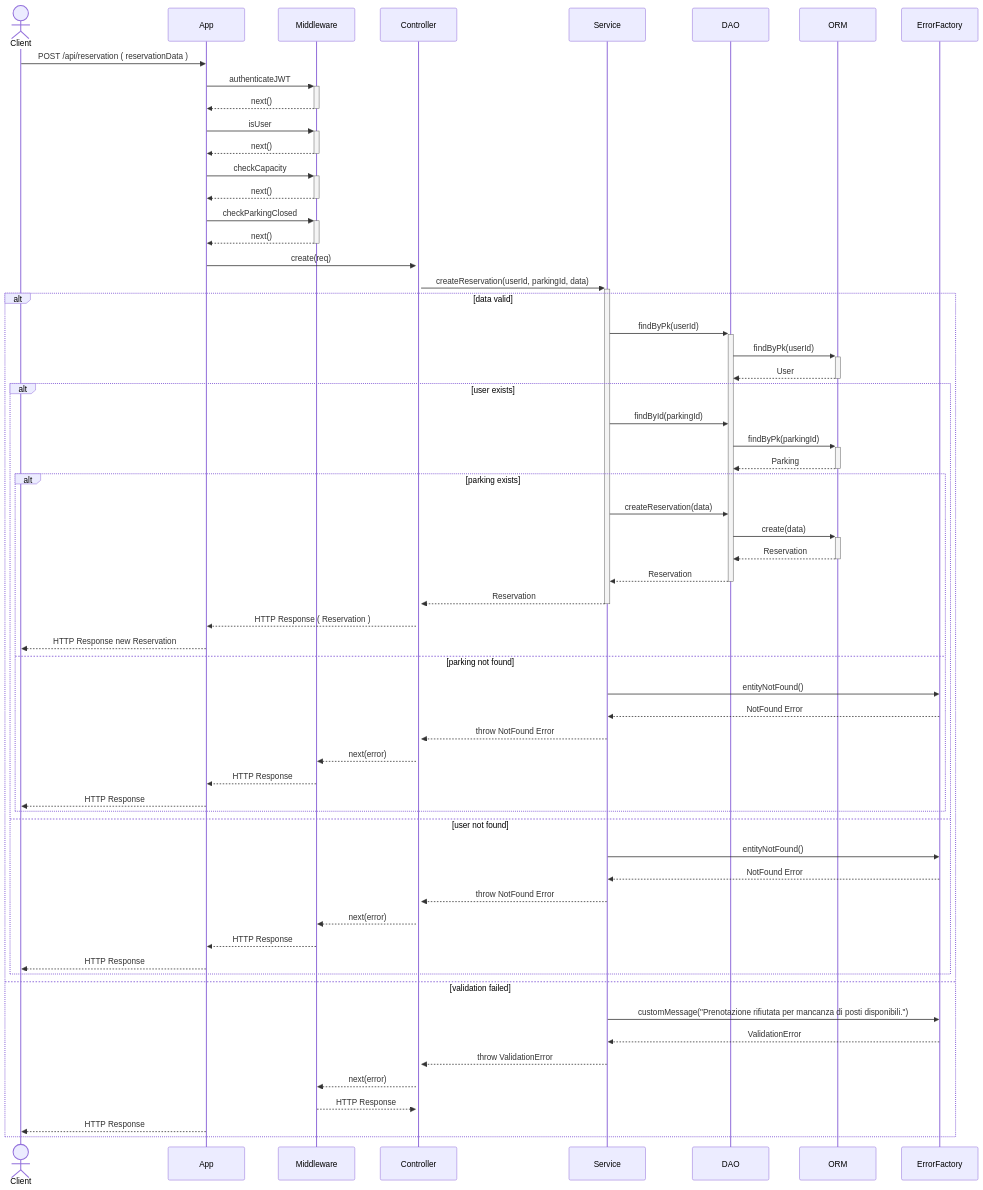
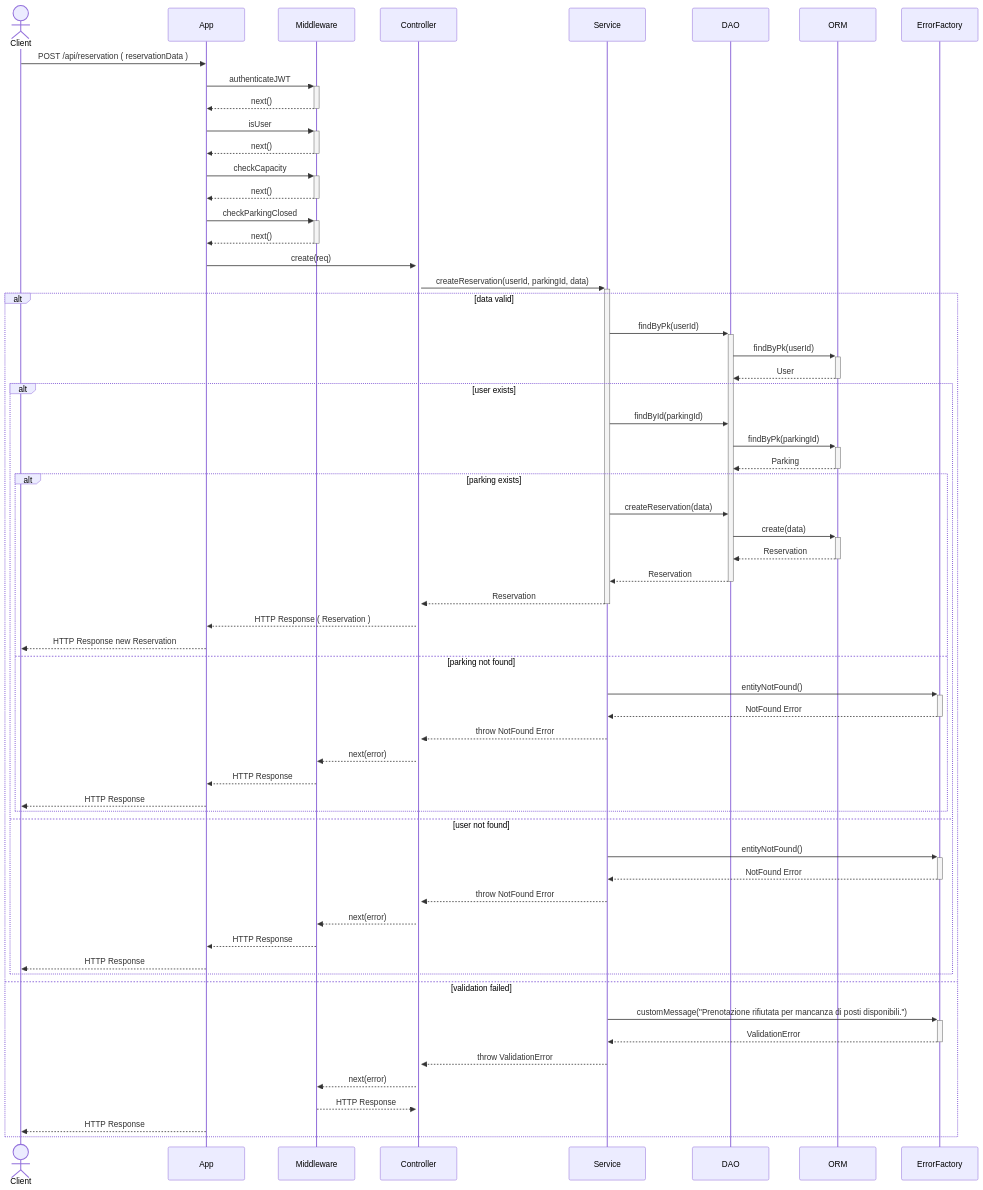
The third of 5 diagrams in README.md (niccolociotti/parking_PA), drawn with Mermaid before and after one commit. The commit also changed other lines of this file, not shown here.

````diff
--- a/README.md
+++ b/README.md
@@ -326,63 +326,63 @@
 ```mermaid
 sequenceDiagram
     actor Client
     participant App
     participant Middleware
     participant Controller
     participant Service
     participant DAO
     participant ORM
     participant ErrorFactory
 
     Client->>App: POST /api/reservation ( reservationData )
     App->>+Middleware: authenticateJWT
     Middleware-->>-App: next()
     App->>+Middleware: isUser
     Middleware-->>-App: next()
     App->>+Middleware: checkCapacity
     Middleware-->>-App: next()
     App->>+Middleware: checkParkingClosed
     Middleware-->>-App: next()
     App->>+Controller: create(req)
     Controller->>+Service: createReservation(userId, parkingId, data)
     alt data valid
         Service->>+DAO: findByPk(userId)
         DAO->>+ORM: findByPk(userId)
         ORM-->>-DAO: User
         alt user exists
             Service->>DAO: findById(parkingId)
             DAO->>+ORM: findByPk(parkingId)
             ORM-->>-DAO: Parking
             alt parking exists
                 Service->>DAO: createReservation(data)
                 DAO->>+ORM: create(data)
                 ORM-->>-DAO: Reservation
                 DAO-->>-Service: Reservation
                 Service-->>-Controller: Reservation
                 Controller-->>App: HTTP Response ( Reservation )
                 App-->>Client: HTTP Response new Reservation 
             else parking not found
-                Service->>ErrorFactory: entityNotFound()
-                ErrorFactory-->>Service: NotFound Error
+                Service->>+ErrorFactory: entityNotFound()
+                ErrorFactory-->>-Service: NotFound Error
                 Service-->>Controller: throw NotFound Error
                 Controller-->>Middleware: next(error)
                 Middleware-->>App: HTTP Response
                 App-->>Client: HTTP Response
             end
         else user not found
-                Service->>ErrorFactory: entityNotFound()
-                ErrorFactory-->>Service: NotFound Error
+                Service->>+ErrorFactory: entityNotFound()
+                ErrorFactory-->>-Service: NotFound Error
                 Service-->>Controller: throw NotFound Error
                 Controller-->>Middleware: next(error)
                 Middleware-->>App: HTTP Response
                 App-->>Client: HTTP Response
         end
     else validation failed
-        Service->>ErrorFactory: customMessage("Prenotazione rifiutata per mancanza di posti disponibili.")
-        ErrorFactory-->>Service: ValidationError
+        Service->>+ErrorFactory: customMessage("Prenotazione rifiutata per mancanza di posti disponibili.")
+        ErrorFactory-->>-Service: ValidationError
         Service-->>Controller: throw ValidationError
         Controller-->>Middleware: next(error)
         Middleware-->>Controller: HTTP Response
         App-->>Client: HTTP Response
     end
 ```
````
